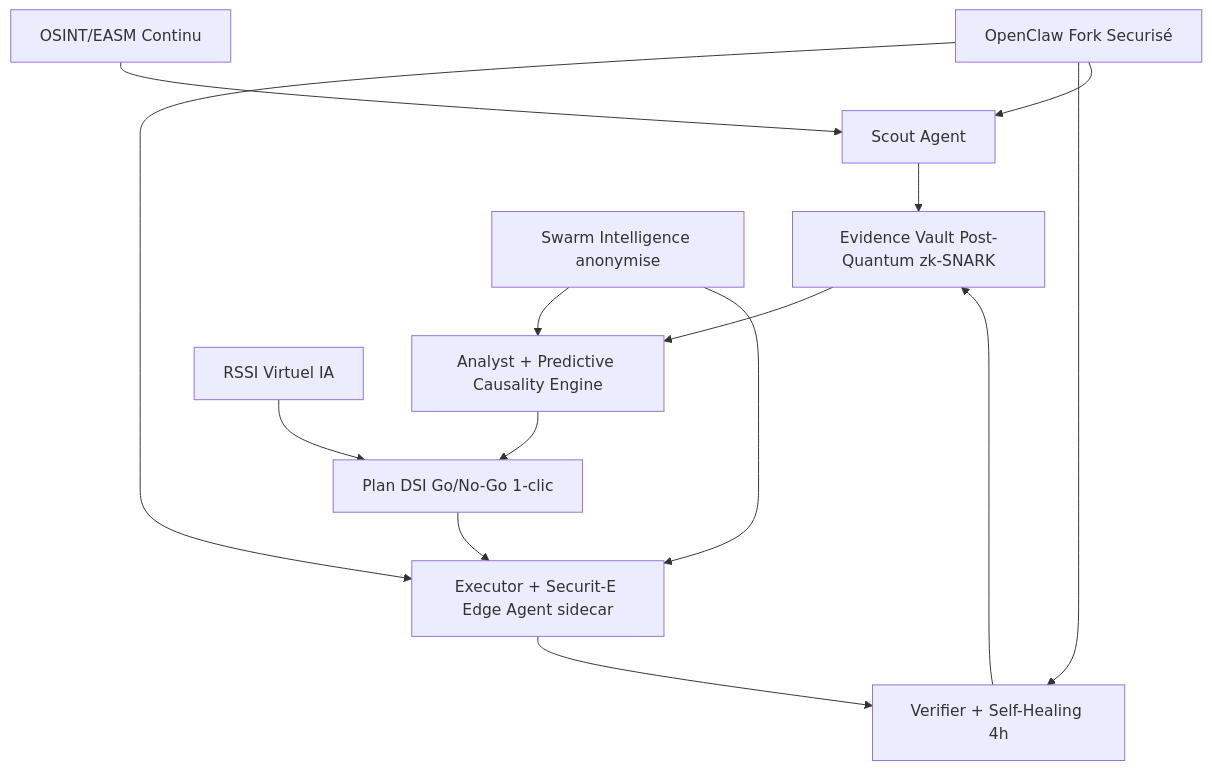
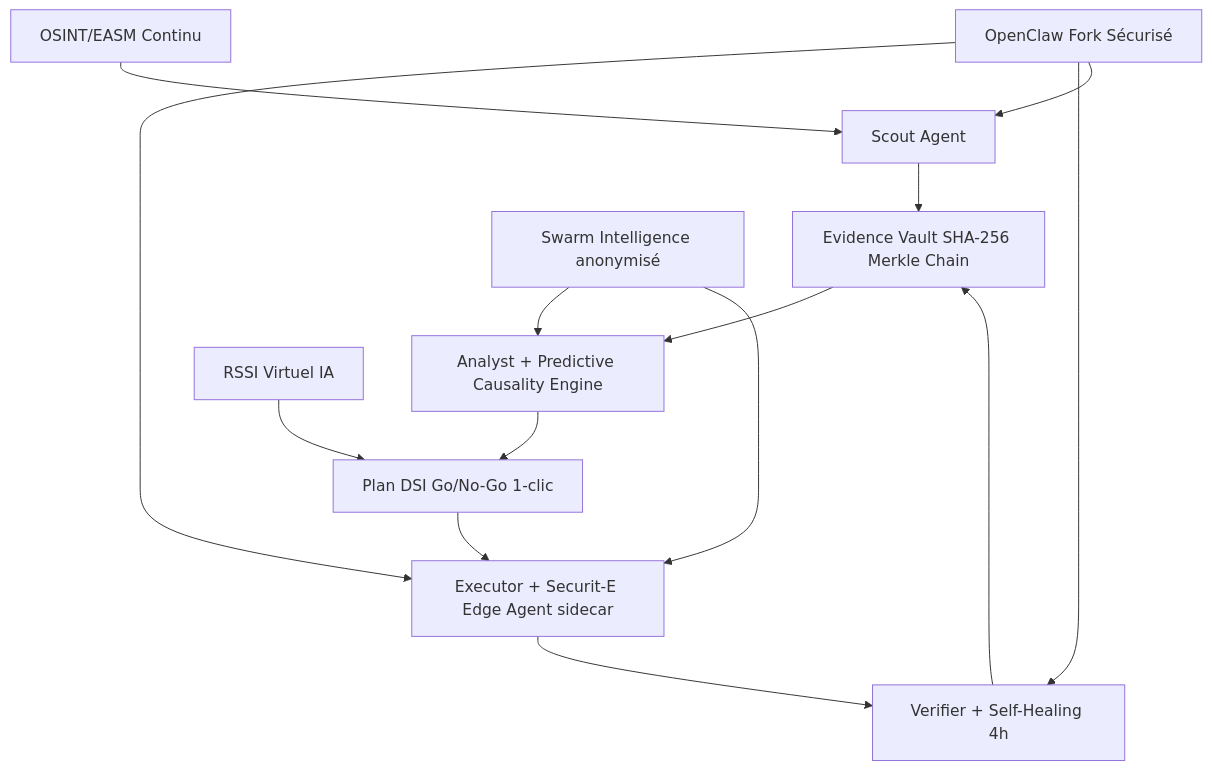
The first of 2 diagrams in docs/ARCHITECTURE.md (lemoalvivien-cmyk/edge-proof-keeper), drawn with Mermaid before and after one commit. The commit also changed other lines of this file and 2 other files, not shown here.

````diff
--- a/docs/ARCHITECTURE.md
+++ b/docs/ARCHITECTURE.md
@@ -11,16 +11,16 @@
 ```mermaid
 graph TD
     A[OSINT/EASM Continu] --> B[Scout Agent]
-    B --> C[Evidence Vault Post-Quantum zk-SNARK]
+    B --> C[Evidence Vault SHA-256 Merkle Chain]
     C --> D[Analyst + Predictive Causality Engine]
     D --> E[Plan DSI Go/No-Go 1-clic]
     E --> F[Executor + Securit-E Edge Agent sidecar]
     F --> G[Verifier + Self-Healing 4h]
     G --> C
-    H[Swarm Intelligence anonymise] --> D
+    H[Swarm Intelligence anonymisé] --> D
     H --> F
     I[RSSI Virtuel IA] --> E
-    J[OpenClaw Fork Securisé] --> F
+    J[OpenClaw Fork Sécurisé] --> F
     J --> G
     J --> B
 ```
````
